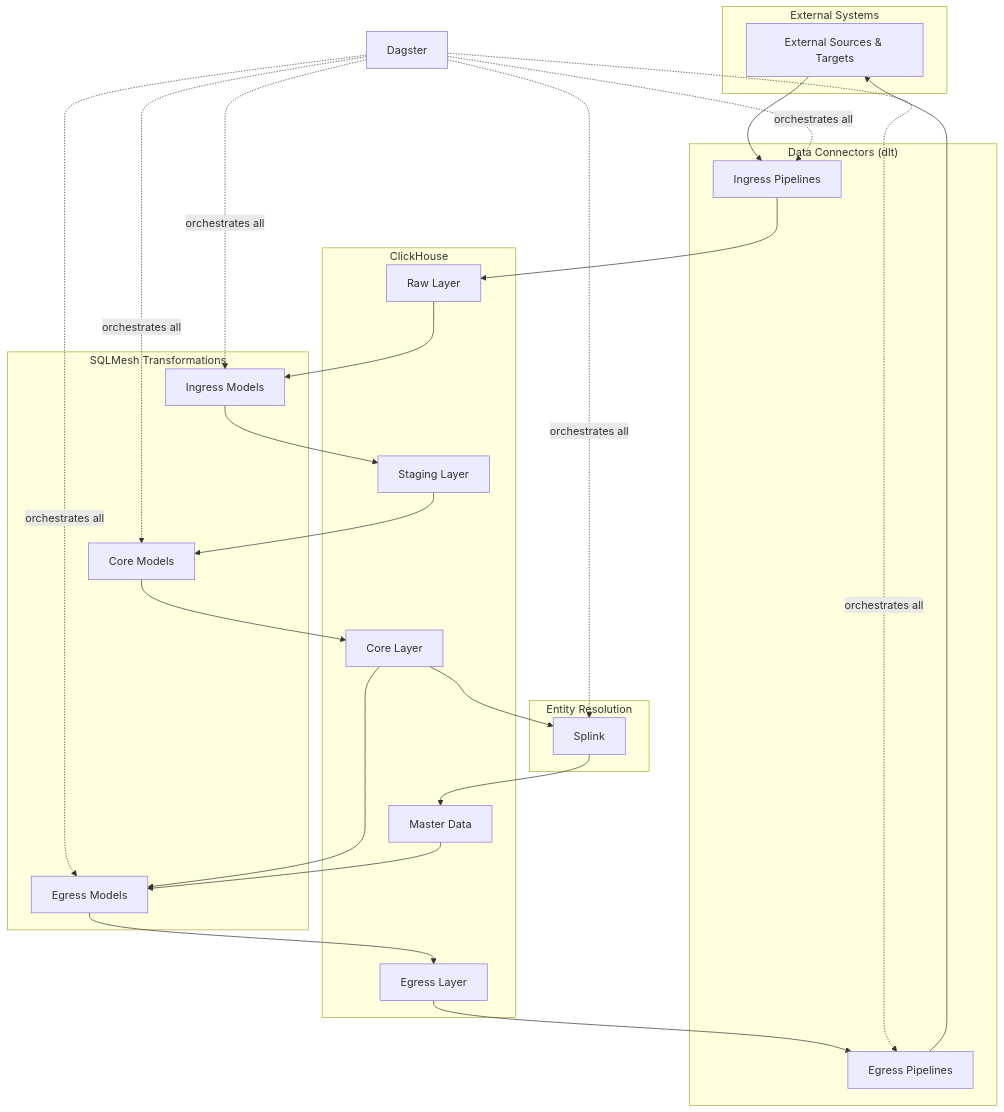
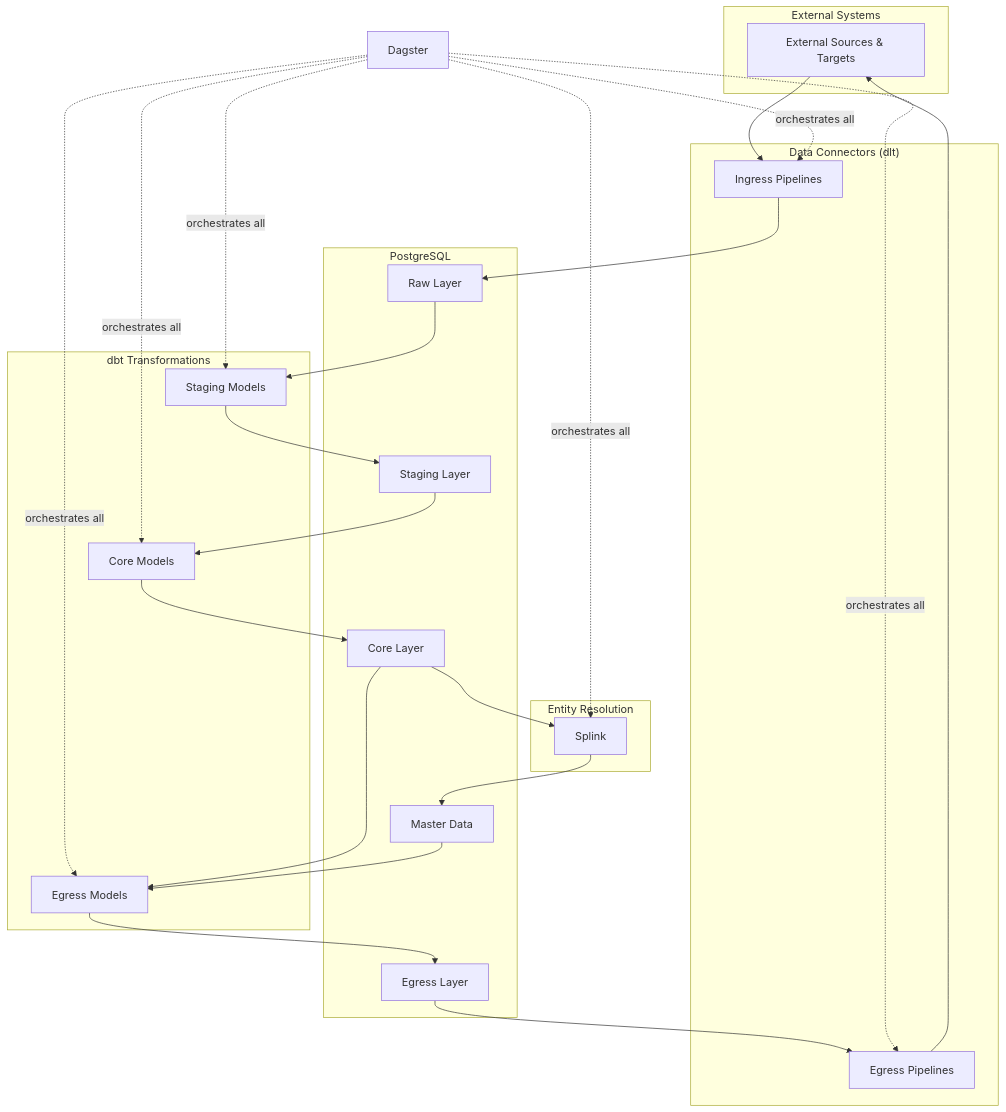
The diagram in ARCHITECTURE.md (recordforge/mono-repo), drawn with Mermaid before and after one commit. The commit also changed other lines of this file and 39 other files, not shown here.

````diff
--- a/ARCHITECTURE.md
+++ b/ARCHITECTURE.md
@@ -169,45 +172,45 @@
 ```mermaid
 graph TB
     subgraph External Systems
         EXT[External Sources & Targets]
     end
     
     subgraph "Data Connectors (dlt)"
         I[Ingress Pipelines]
         E[Egress Pipelines]
     end
     
-    subgraph ClickHouse
+    subgraph PostgreSQL
         RAW[Raw Layer]
         STAGE[Staging Layer]
         CORE[Core Layer]
         EGRESS_READY[Egress Layer]
         MASTER[Master Data]
     end
     
-    subgraph SQLMesh Transformations
-        TI[Ingress Models]
+    subgraph dbt Transformations
+        TI[Staging Models]
         TC[Core Models]
         TE[Egress Models]
     end
     
     subgraph Entity Resolution
         ER[Splink]
     end
     
     EXT --> I
     I --> RAW
     RAW --> TI
     TI --> STAGE
     STAGE --> TC
     TC --> CORE
     CORE --> ER
     ER --> MASTER
     CORE --> TE
     MASTER --> TE
     TE --> EGRESS_READY
     EGRESS_READY --> E
     E --> EXT
     
     ORCH[Dagster] -.->|orchestrates all| I & TI & TC & TE & ER & E
 ```
````
